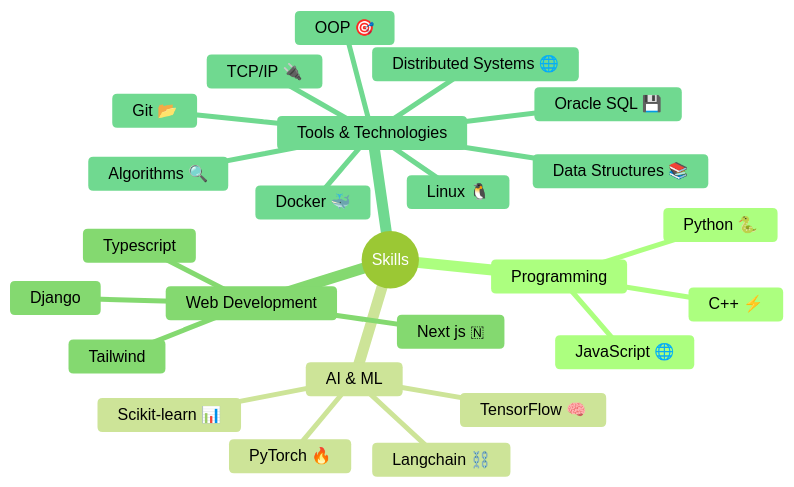
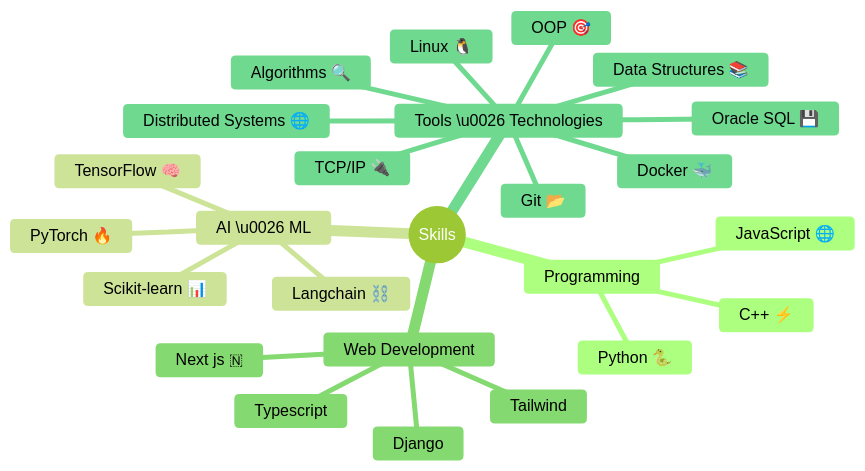
Before and after one commit to abhishekpanthee/abhishekpanthee: the diagram in README.md, drawn with Mermaid (forest theme).

Commit message:
final fix

````diff
--- a/README.md
+++ b/README.md
@@ -31,28 +31,28 @@
 ```mermaid
 mindmap
   root((Skills))
     Programming
       Python 🐍
       C++ ⚡
       JavaScript 🌐
-    AI \& ML
+    AI \u0026 ML
       TensorFlow 🧠
       PyTorch 🔥
       Scikit-learn 📊
       Langchain ⛓️
     Web Development
       Typescript
       Tailwind
       Django
       Next js 🇳
-    Tools \& Technologies
+    Tools \u0026 Technologies
       Git 📂
       Docker 🐳 
       Linux 🐧
       Oracle SQL 💾
       Data Structures 📚
       Algorithms 🔍
       OOP 🎯
       Distributed Systems 🌐
       TCP/IP 🔌
 ```
````
